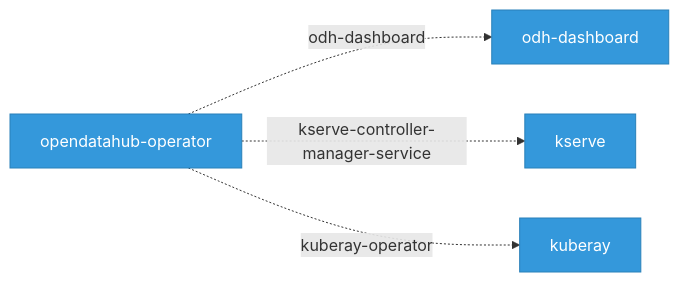
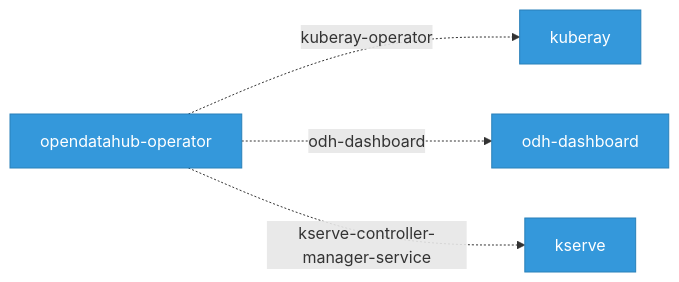
The second of 2 diagrams in docs/network-topology.md (ugiordan/architecture-analyzer), drawn with Mermaid before and after one commit. The commit also changed other lines of this file and 8 other files, not shown here.

First line of the commit message:
fix: improve diagram UX with toolbar controls and readable bar charts

````diff
--- a/docs/network-topology.md
+++ b/docs/network-topology.md
@@ -138,13 +138,13 @@
 ```mermaid
 graph LR
     classDef comp fill:#3498db,stroke:#2980b9,color:#fff
 
     kserve["kserve"]:::comp
     kuberay["kuberay"]:::comp
     odh_dashboard["odh-dashboard"]:::comp
     opendatahub_operator["opendatahub-operator"]:::comp
 
+    opendatahub_operator -.->|"kuberay-operator"| kuberay
     opendatahub_operator -.->|"odh-dashboard"| odh_dashboard
     opendatahub_operator -.->|"kserve-controller-manager-service"| kserve
-    opendatahub_operator -.->|"kuberay-operator"| kuberay
 ```
````
